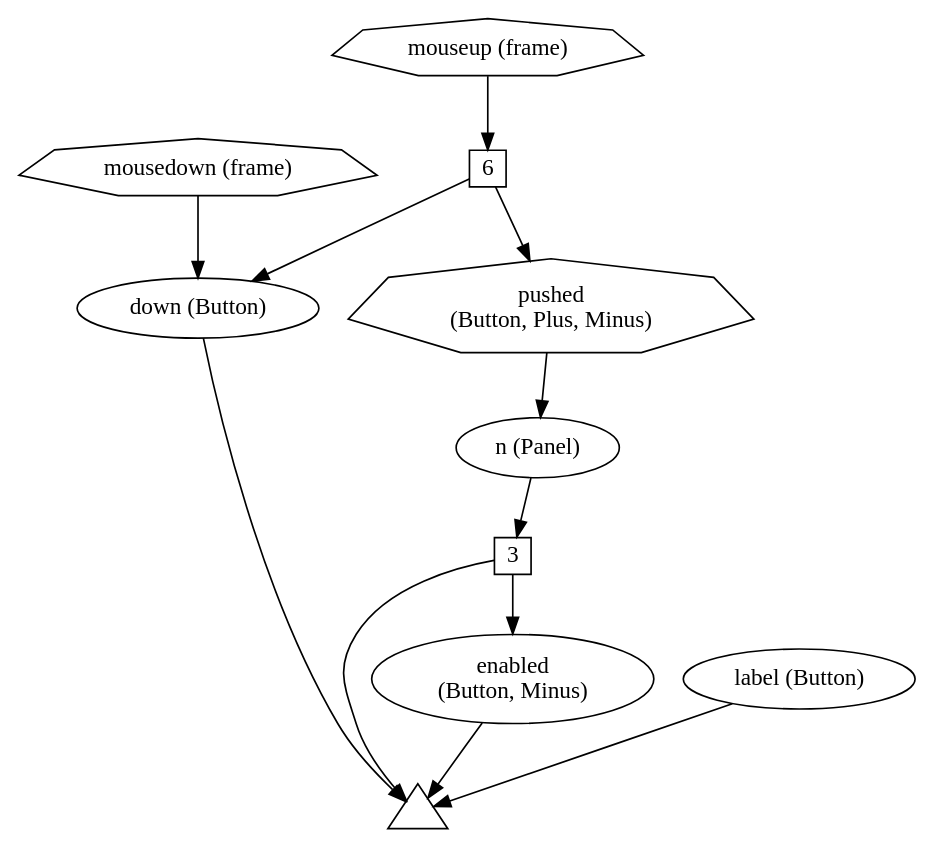
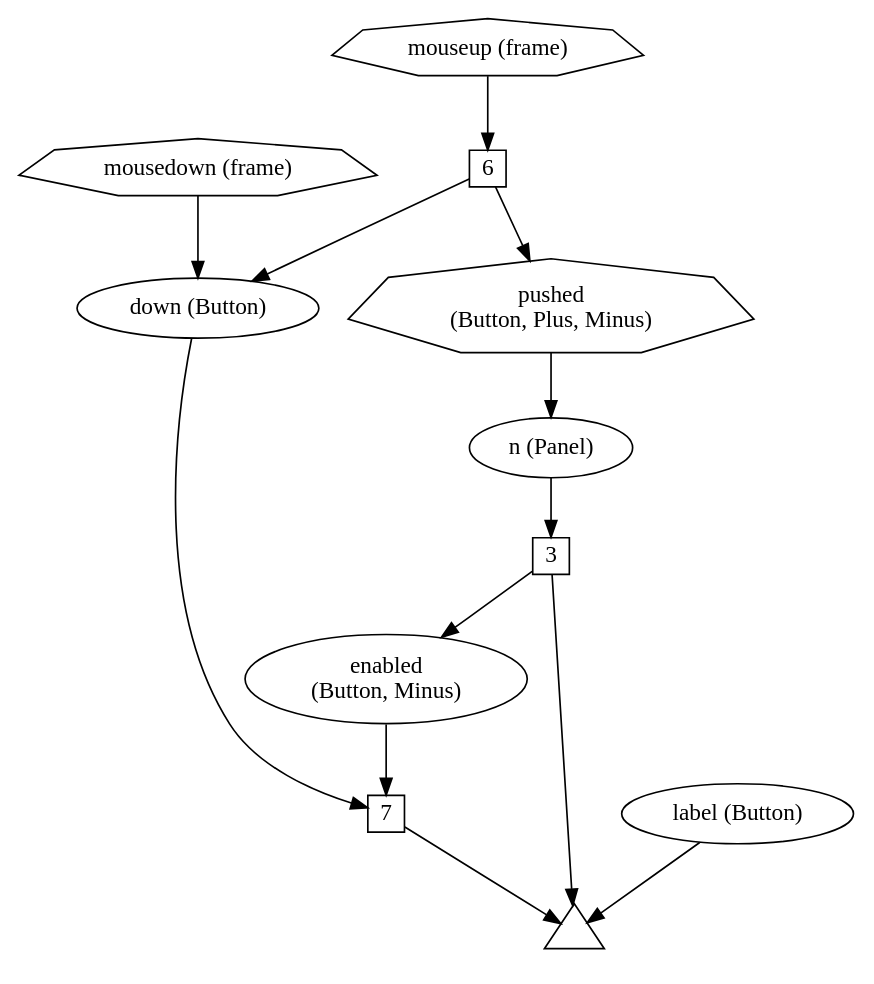
Before and after one commit to bendr/bender: the diagram in spec/fig/graph-panel-min.gv, drawn with Graphviz. The commit also changed 4 other files, not shown here.

```diff
--- a/spec/fig/graph-panel-min.gv
+++ b/spec/fig/graph-panel-min.gv
@@ -1,34 +1,36 @@
 digraph bender {
   node [fontname="Avenir Next"];
   edge [fontname="Avenir Next"];
 
   t [label="", shape=triangle, fixedsize=true, width=0.5];
 
   pushed -> n;
 
   n [label="n (Panel)"];
   w3 [label="3", shape=square, fixedsize=true, width=0.3];
   n -> w3
   w3 -> t
   enabled [label="enabled\n(Button, Minus)"]
   w3 -> enabled
 
   label [label="label (Button)"];
   label -> t;
 
   mousedown [label="mousedown (frame)", shape=septagon];
   down [label="down (Button)"];
   mousedown -> down;
 
   mouseup [label="mouseup (frame)", shape=septagon];
   w6 [label="6", shape=square, fixedsize=true, width=0.3];
   mouseup -> w6;
   w6 -> down;
   w6 -> pushed;
 
   pushed [label="pushed\n(Button, Plus, Minus)", shape=septagon];
-  down -> t;
+  w7 [label="7", shape=square, fixedsize=true, width=0.3];
+  enabled -> w7; 
+  down -> w7;
 
-  enabled -> t;
+  w7 -> t;
 
 }
```
